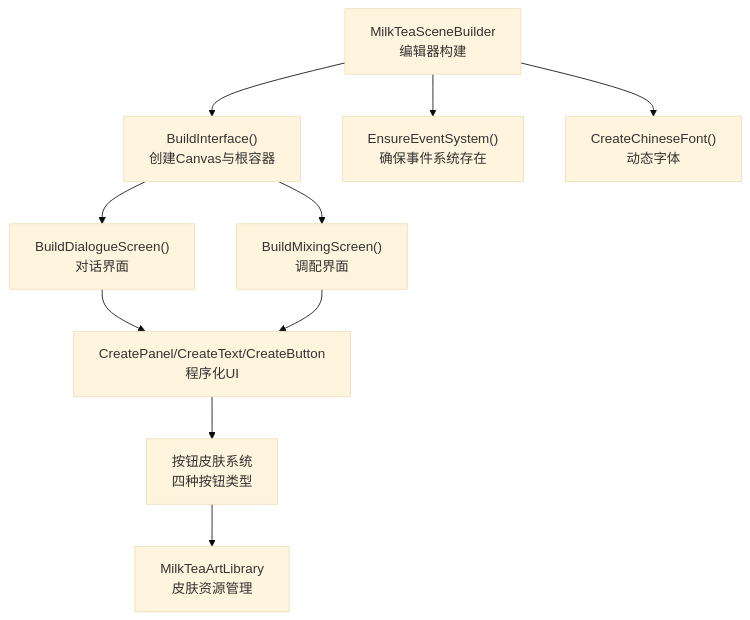
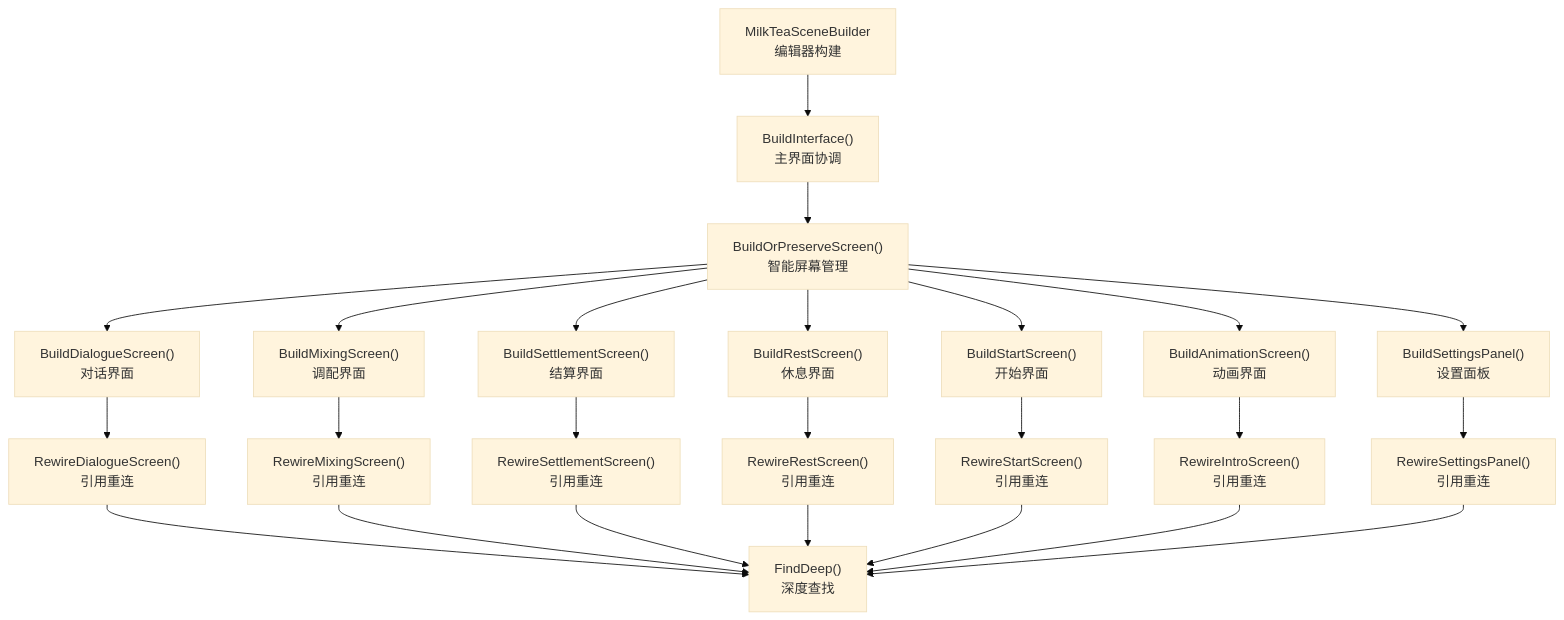
One commit to Thanatos42/-demo changed the first of 4 diagrams in .qoder/repowiki/zh/content/核心系统详解/UI系统架构.md. Above: the diagram before and after it, drawn with Mermaid (base theme). The commit also changed other lines of this file and 77 other files, not shown here.

````diff
--- a/.qoder/repowiki/zh/content/核心系统详解/UI系统架构.md
+++ b/.qoder/repowiki/zh/content/核心系统详解/UI系统架构.md
@@ -45,12 +50,26 @@
 ```mermaid
 graph TB
-A["MilkTeaSceneBuilder<br/>编辑器构建"] --> B["BuildInterface()<br/>创建Canvas与根容器"]
-B --> C["BuildDialogueScreen()<br/>对话界面"]
-B --> D["BuildMixingScreen()<br/>调配界面"]
-C --> E["CreatePanel/CreateText/CreateButton<br/>程序化UI"]
-D --> E
-E --> F["按钮皮肤系统<br/>四种按钮类型"]
-F --> G["MilkTeaArtLibrary<br/>皮肤资源管理"]
-A --> H["EnsureEventSystem()<br/>确保事件系统存在"]
-A --> I["CreateChineseFont()<br/>动态字体"]
+A["MilkTeaSceneBuilder<br/>编辑器构建"] --> B["BuildInterface()<br/>主界面协调"]
+B --> C["BuildOrPreserveScreen()<br/>智能屏幕管理"]
+C --> D["BuildDialogueScreen()<br/>对话界面"]
+C --> E["BuildMixingScreen()<br/>调配界面"]
+C --> F["BuildSettlementScreen()<br/>结算界面"]
+C --> G["BuildRestScreen()<br/>休息界面"]
+C --> H["BuildStartScreen()<br/>开始界面"]
+C --> I["BuildAnimationScreen()<br/>动画界面"]
+C --> J["BuildSettingsPanel()<br/>设置面板"]
+D --> K["RewireDialogueScreen()<br/>引用重连"]
+E --> L["RewireMixingScreen()<br/>引用重连"]
+F --> M["RewireSettlementScreen()<br/>引用重连"]
+G --> N["RewireRestScreen()<br/>引用重连"]
+H --> O["RewireStartScreen()<br/>引用重连"]
+I --> P["RewireIntroScreen()<br/>引用重连"]
+J --> Q["RewireSettingsPanel()<br/>引用重连"]
+K --> R["FindDeep()<br/>深度查找"]
+L --> R
+M --> R
+N --> R
+O --> R
+P --> R
+Q --> R
 ```
````
